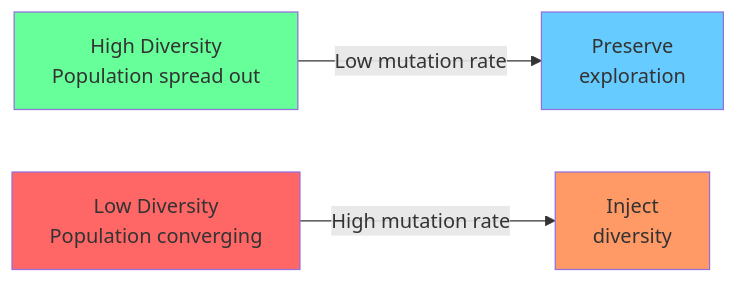
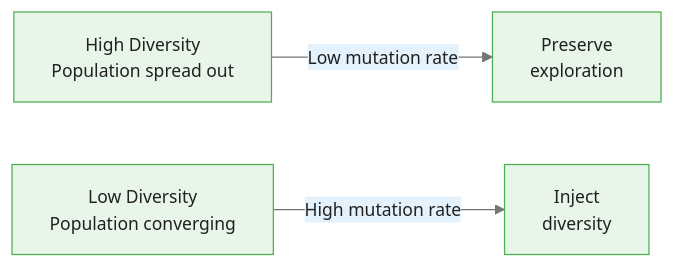
Before and after one commit to m-deane/course-creator: the fourth of 4 diagrams in courses/genetic-algorithms-feature-selection/modules/module_00_foundations/guides/02_evolutionary_operators_slides.md, drawn with Mermaid. The commit also changed other lines of this file and 52 other files, not shown here.

````diff
--- a/courses/genetic-algorithms-feature-selection/modules/module_00_foundations/guides/02_evolutionary_operators_slides.md
+++ b/courses/genetic-algorithms-feature-selection/modules/module_00_foundations/guides/02_evolutionary_operators_slides.md
@@ -399,9 +513,6 @@
 ```mermaid
+%%{init: {"theme": "base", "themeVariables": {"primaryColor": "#e8f5e9", "primaryBorderColor": "#4caf50", "primaryTextColor": "#212121", "secondaryColor": "#e3f2fd", "tertiaryColor": "#fff8e1", "lineColor": "#757575", "fontFamily": "Inter, sans-serif", "fontSize": "14px"}}}%%
 graph LR
     A["High Diversity<br/>Population spread out"] -->|"Low mutation rate"| B["Preserve<br/>exploration"]
     C["Low Diversity<br/>Population converging"] -->|"High mutation rate"| D["Inject<br/>diversity"]
-    style A fill:#6f9
-    style C fill:#f66
-    style B fill:#6cf
-    style D fill:#f96
 ```
````
